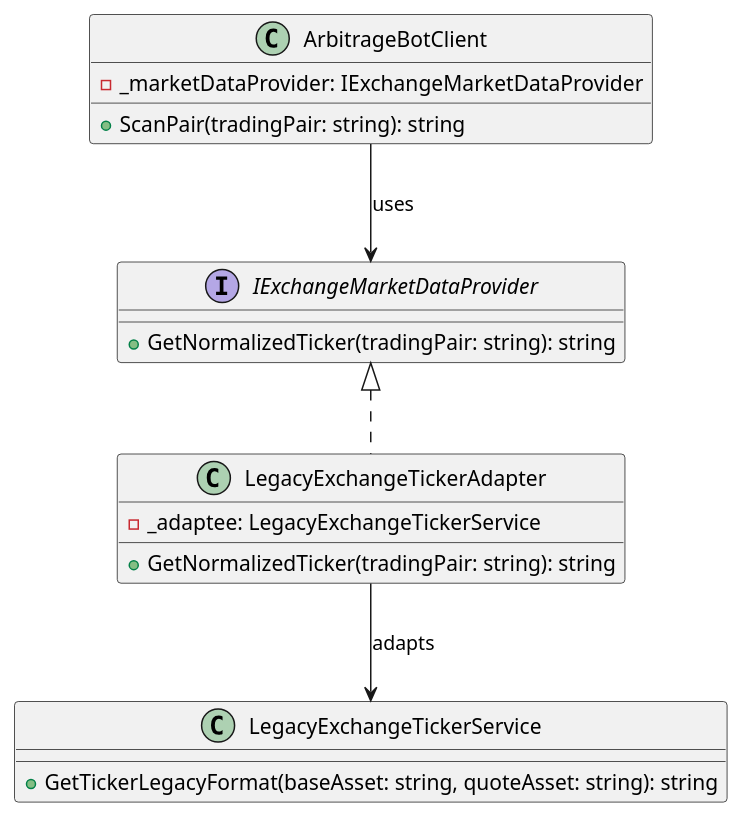
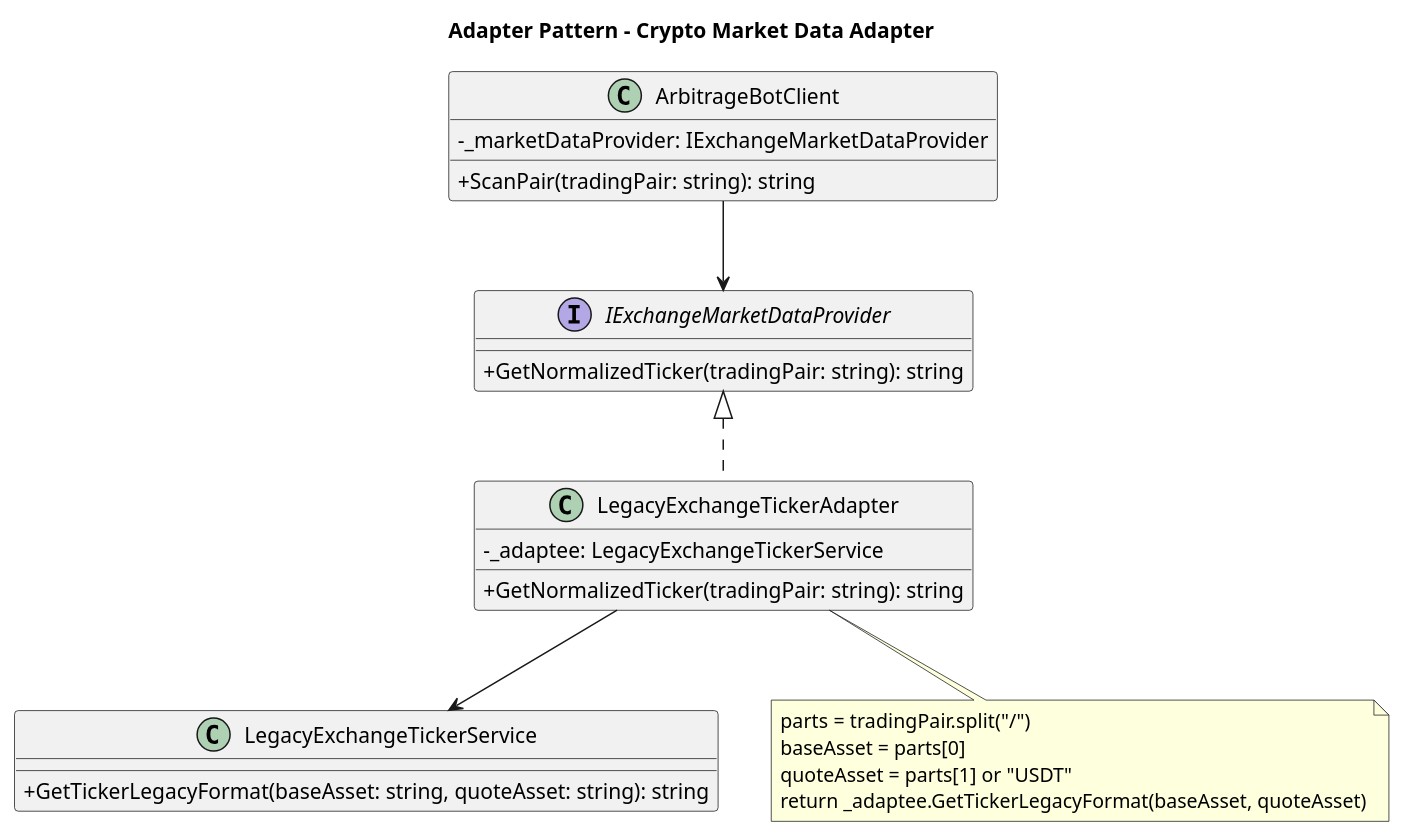
The diagram in CryptoArbitrage.Engine/DesignPatterns/Structural/Adapter/adapterdiagram.puml (ababii11/TMPPP), drawn with PlantUML before and after one commit. The commit also changed other lines of this file and 161 other files, not shown here.

```diff
--- a/CryptoArbitrage.Engine/DesignPatterns/Structural/Adapter/adapterdiagram.puml
+++ b/CryptoArbitrage.Engine/DesignPatterns/Structural/Adapter/adapterdiagram.puml
@@ -1,30 +1,34 @@
-@startuml Adapter Pattern - Crypto Structure
+@startuml AdapterCrypto
+skinparam classAttributeIconSize 0
 
-' Target
-interface IExchangeMarketDataProvider {
-    +GetNormalizedTicker(tradingPair: string): string
+title Adapter Pattern - Crypto Market Data Adapter
+
+class ArbitrageBotClient {
+  - _marketDataProvider: IExchangeMarketDataProvider
+  +ScanPair(tradingPair: string): string
 }
 
-' Adaptee / Service
-class LegacyExchangeTickerService {
-    +GetTickerLegacyFormat(baseAsset: string, quoteAsset: string): string
+interface IExchangeMarketDataProvider {
+  +GetNormalizedTicker(tradingPair: string): string
 }
 
-' Adapter
-class LegacyExchangeTickerAdapter {
-    -_adaptee: LegacyExchangeTickerService
-    +GetNormalizedTicker(tradingPair: string): string
+class LegacyExchangeTickerService {
+  +GetTickerLegacyFormat(baseAsset: string, quoteAsset: string): string
 }
 
-' Client
-class ArbitrageBotClient {
-    -_marketDataProvider: IExchangeMarketDataProvider
-    +ScanPair(tradingPair: string): string
+class LegacyExchangeTickerAdapter {
+  - _adaptee: LegacyExchangeTickerService
+  +GetNormalizedTicker(tradingPair: string): string
 }
 
-' Relationships
+ArbitrageBotClient --> IExchangeMarketDataProvider
 IExchangeMarketDataProvider <|.. LegacyExchangeTickerAdapter
-LegacyExchangeTickerAdapter --> LegacyExchangeTickerService : adapts
-ArbitrageBotClient --> IExchangeMarketDataProvider : uses
+LegacyExchangeTickerAdapter --> LegacyExchangeTickerService
 
+note bottom of LegacyExchangeTickerAdapter
+  parts = tradingPair.split("/")
+  baseAsset = parts[0]
+  quoteAsset = parts[1] or "USDT"
+  return _adaptee.GetTickerLegacyFormat(baseAsset, quoteAsset)
+end note
 @enduml
```
